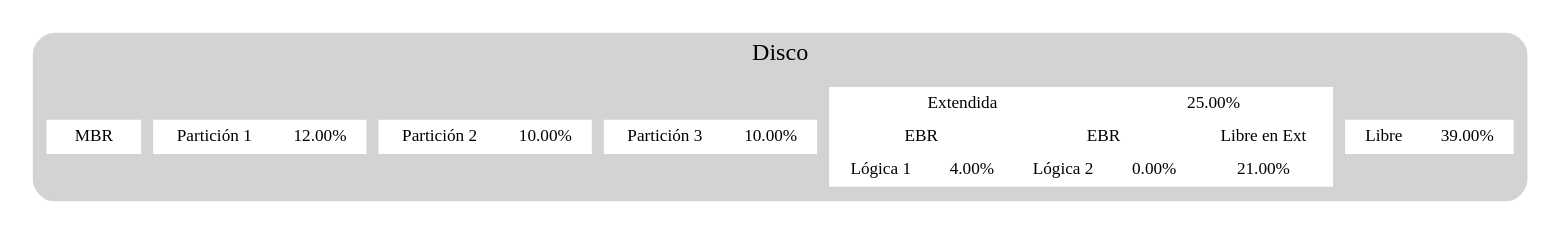
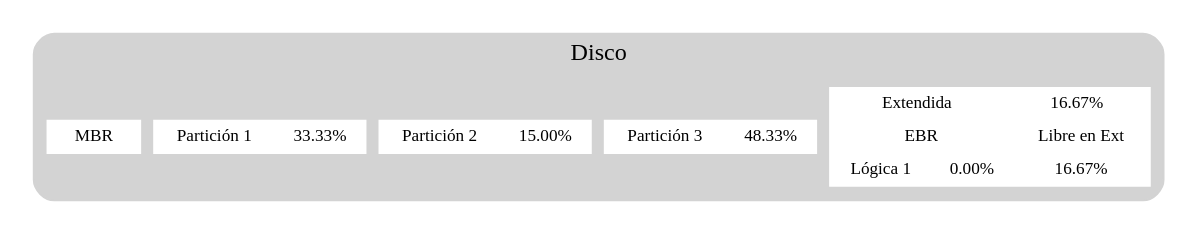
The diagram in atras-fin/ReporteDISK.dot (PabloR03/MIA_2S_P2_202201947), drawn with Graphviz before and after one commit. The commit also changed 2 other files, not shown here.

```diff
--- a/atras-fin/ReporteDISK.dot
+++ b/atras-fin/ReporteDISK.dot
@@ -1,23 +1,21 @@
 digraph G {
 node [shape=record, height=.1, fontsize=10];
 rankdir=LR;
 ranksep=0.1;
 nodesep=0.1;
 subgraph cluster0 {
 label="Disco";
 style="rounded,filled";
 color=lightgrey;
 node [style=filled, color=white];
 MBR [label="MBR"];
-P1 [label="{Partición 1|12.00%}"];
+P1 [label="{Partición 1|33.33%}"];
 MBR -> P1 [style=invis];
-P2 [label="{Partición 2|10.00%}"];
+P2 [label="{Partición 2|15.00%}"];
 P1 -> P2 [style=invis];
-P3 [label="{Partición 3|10.00%}"];
+P3 [label="{Partición 3|48.33%}"];
 P2 -> P3 [style=invis];
-P4 [label="{Extendida|25.00%}|{{EBR|{Lógica 1|4.00%}}|{EBR|{Lógica 2|0.00%}}|{Libre en Ext|21.00%}}"];
+P4 [label="{Extendida|16.67%}|{{EBR|{Lógica 1|0.00%}}|{Libre en Ext|16.67%}}"];
 P3 -> P4 [style=invis];
-FreeSpace [label="{Libre|39.00%}"];
-P4 -> FreeSpace [style=invis];
 }
 }
```
